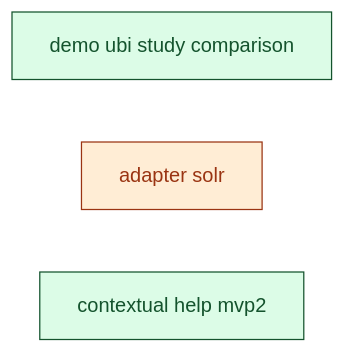
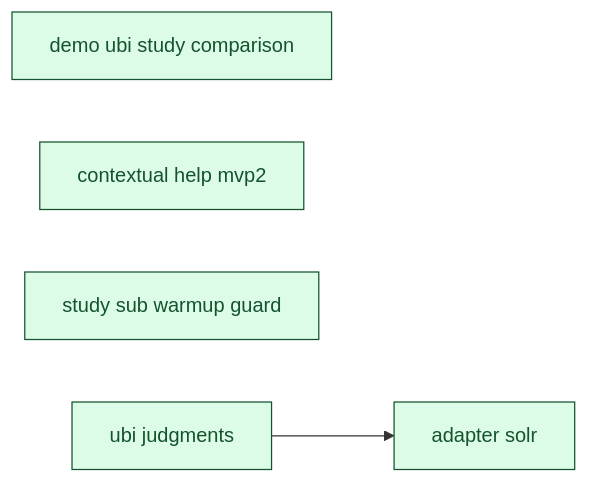
The diagram in docs/00_overview/MVP2_DASHBOARD.md (SoundMindsAI/relyloop), drawn with Mermaid before and after one commit. The commit also changed other lines of this file and 19 other files, not shown here.

First line of the commit message:
docs(solr): finalize infra_adapter_solr — move to implemented_features, fix MVP2 dashboard PR ref (#338)

````diff
--- a/docs/00_overview/MVP2_DASHBOARD.md
+++ b/docs/00_overview/MVP2_DASHBOARD.md
@@ -82,14 +77,19 @@
 ```mermaid
 graph LR
   classDef done fill:#dcfce7,stroke:#14532d,color:#14532d;
   classDef implement fill:#ffedd5,stroke:#9a3412,color:#9a3412;
   classDef plan fill:#fef9c3,stroke:#854d0e,color:#854d0e;
   classDef spec fill:#dbeafe,stroke:#1e40af,color:#1e40af;
   classDef idea fill:#f1f5f9,stroke:#334155,color:#334155;
   feat_demo_ubi_study_comparison["demo ubi study comparison"]
   class feat_demo_ubi_study_comparison done;
-  infra_adapter_solr["adapter solr"]
-  class infra_adapter_solr implement;
   feat_contextual_help_mvp2["contextual help mvp2"]
   class feat_contextual_help_mvp2 done;
+  feat_study_sub_warmup_guard["study sub warmup guard"]
+  class feat_study_sub_warmup_guard done;
+  feat_ubi_judgments["ubi judgments"]
+  class feat_ubi_judgments done;
+  infra_adapter_solr["adapter solr"]
+  class infra_adapter_solr done;
+  feat_ubi_judgments --> infra_adapter_solr
 ```
````
